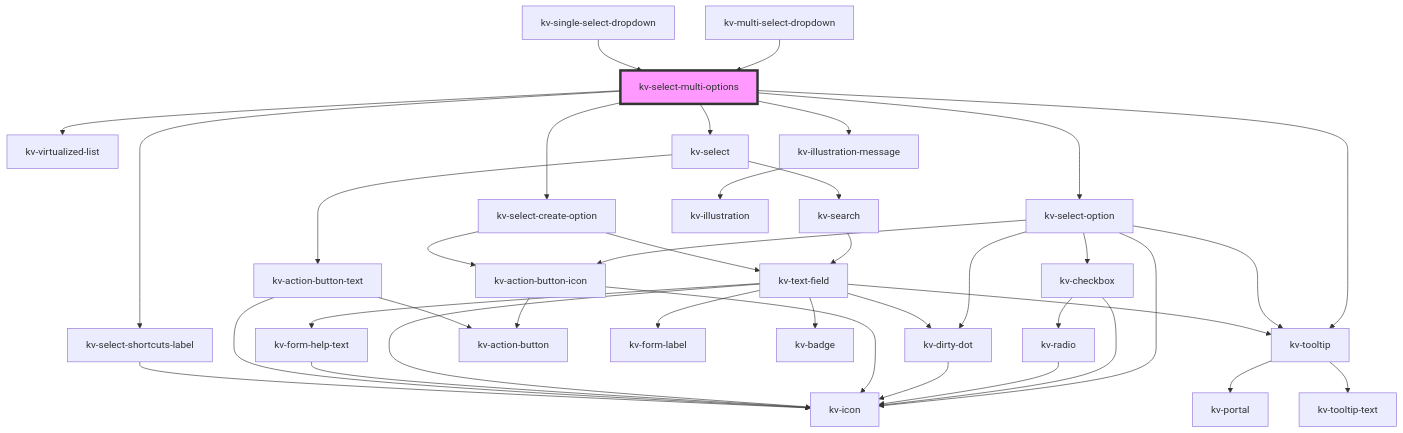
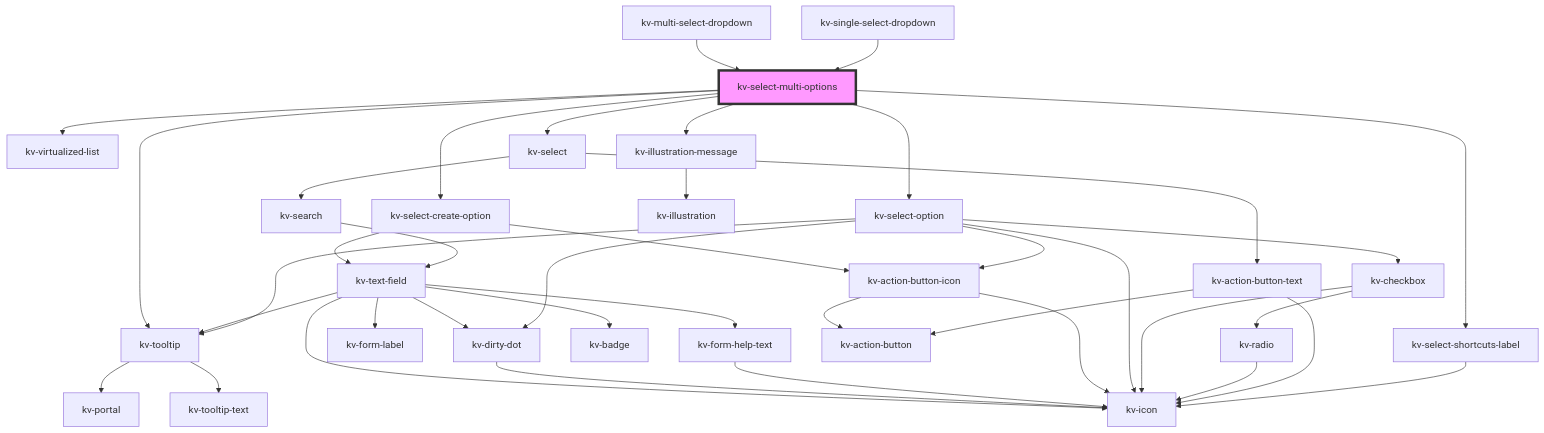
Before and after one commit to kelvininc/ui-components: the diagram in packages/ui-components/src/components/select-multi-options/readme.md, drawn with Mermaid. The commit also changed other lines of this file and 55 other files, not shown here.

````diff
--- a/packages/ui-components/src/components/select-multi-options/readme.md
+++ b/packages/ui-components/src/components/select-multi-options/readme.md
@@ -119,42 +122,42 @@
 ```mermaid
 graph TD;
+  kv-select-multi-options --> kv-select-create-option
   kv-select-multi-options --> kv-virtualized-list
   kv-select-multi-options --> kv-select-option
   kv-select-multi-options --> kv-select
   kv-select-multi-options --> kv-tooltip
   kv-select-multi-options --> kv-illustration-message
-  kv-select-multi-options --> kv-select-create-option
   kv-select-multi-options --> kv-select-shortcuts-label
+  kv-select-create-option --> kv-text-field
+  kv-select-create-option --> kv-action-button-icon
+  kv-text-field --> kv-tooltip
+  kv-text-field --> kv-form-label
+  kv-text-field --> kv-icon
+  kv-text-field --> kv-dirty-dot
+  kv-text-field --> kv-badge
+  kv-text-field --> kv-form-help-text
+  kv-tooltip --> kv-portal
+  kv-tooltip --> kv-tooltip-text
+  kv-dirty-dot --> kv-icon
+  kv-form-help-text --> kv-icon
+  kv-action-button-icon --> kv-action-button
+  kv-action-button-icon --> kv-icon
   kv-select-option --> kv-checkbox
   kv-select-option --> kv-tooltip
   kv-select-option --> kv-icon
   kv-select-option --> kv-dirty-dot
   kv-select-option --> kv-action-button-icon
   kv-checkbox --> kv-radio
   kv-checkbox --> kv-icon
   kv-radio --> kv-icon
-  kv-tooltip --> kv-portal
-  kv-tooltip --> kv-tooltip-text
-  kv-dirty-dot --> kv-icon
-  kv-action-button-icon --> kv-action-button
-  kv-action-button-icon --> kv-icon
   kv-select --> kv-search
   kv-select --> kv-action-button-text
   kv-search --> kv-text-field
-  kv-text-field --> kv-tooltip
-  kv-text-field --> kv-form-label
-  kv-text-field --> kv-icon
-  kv-text-field --> kv-dirty-dot
-  kv-text-field --> kv-badge
-  kv-text-field --> kv-form-help-text
-  kv-form-help-text --> kv-icon
   kv-action-button-text --> kv-action-button
   kv-action-button-text --> kv-icon
   kv-illustration-message --> kv-illustration
-  kv-select-create-option --> kv-text-field
-  kv-select-create-option --> kv-action-button-icon
   kv-select-shortcuts-label --> kv-icon
   kv-multi-select-dropdown --> kv-select-multi-options
   kv-single-select-dropdown --> kv-select-multi-options
   style kv-select-multi-options fill:#f9f,stroke:#333,stroke-width:4px
 ```
````
